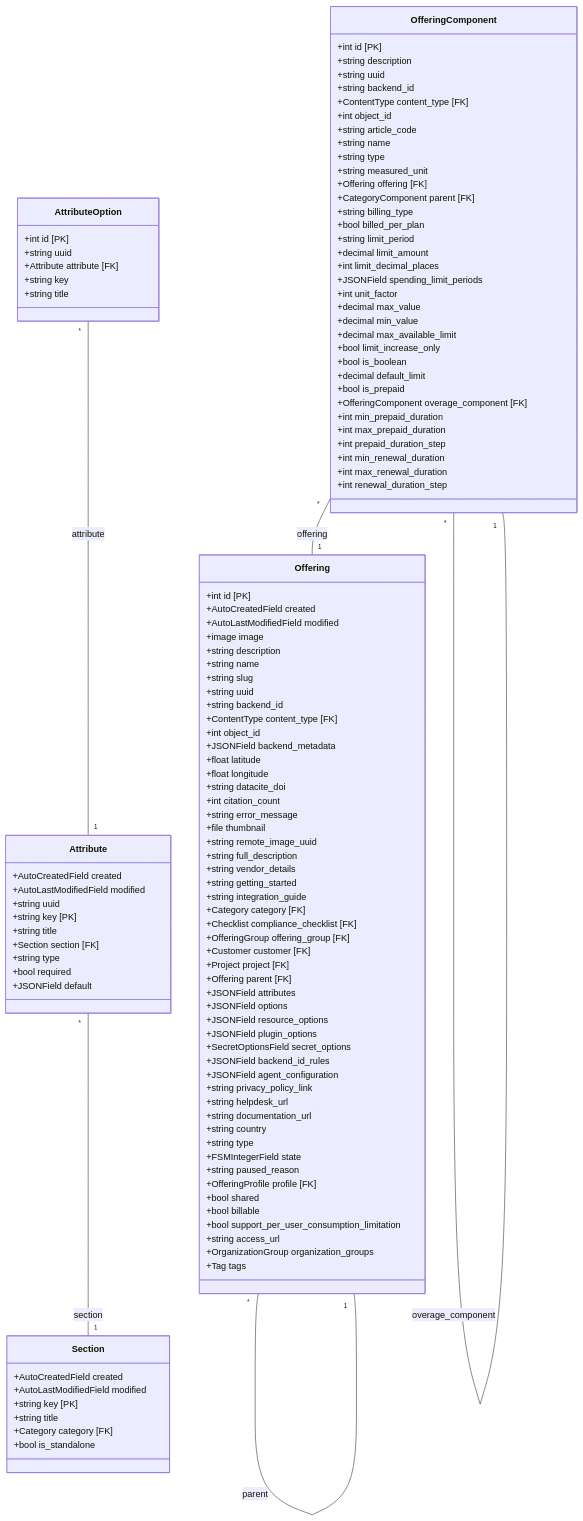
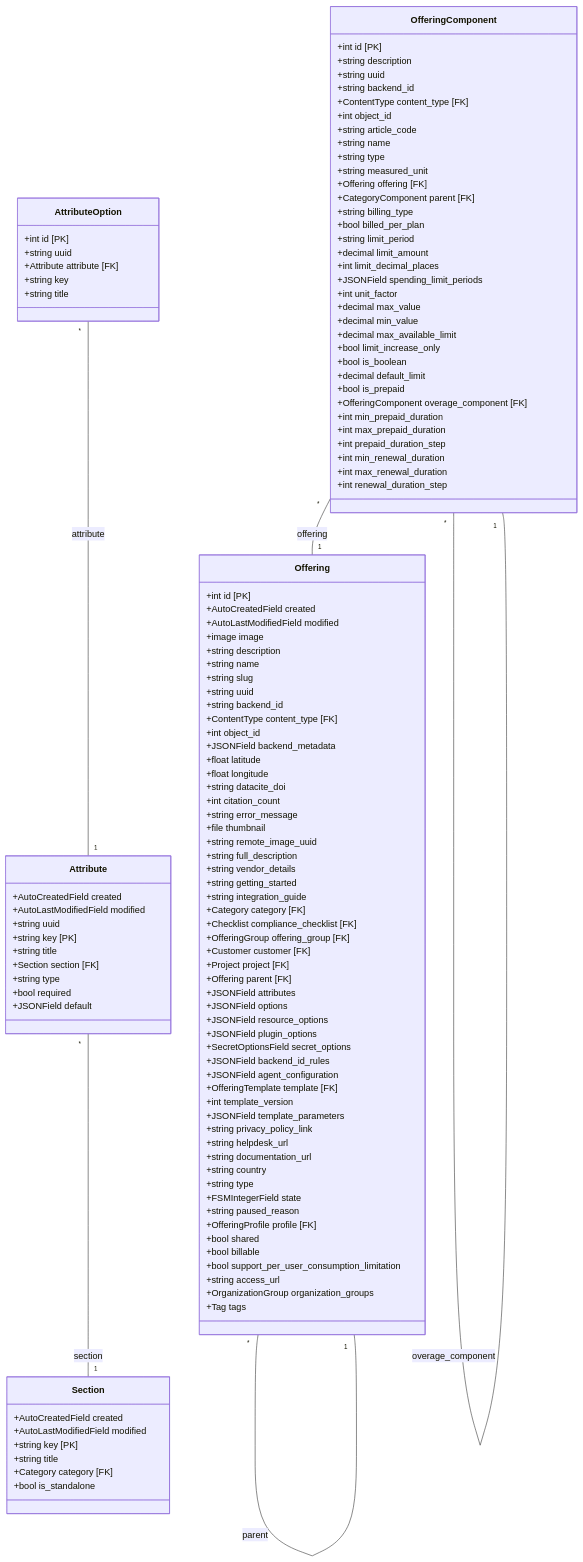
The diagram in docs/developer-guide/marketplace_catalog.mmd (waldur/waldur-docs), drawn with Mermaid before and after one commit. The commit also changed 60 other files, not shown here.

```diff
--- a/docs/developer-guide/marketplace_catalog.mmd
+++ b/docs/developer-guide/marketplace_catalog.mmd
@@ -1,120 +1,123 @@
 classDiagram
     direction TB
     class Section {
         +AutoCreatedField created
         +AutoLastModifiedField modified
         +string key [PK]
         +string title
         +Category category [FK]
         +bool is_standalone
     }
     class Attribute {
         +AutoCreatedField created
         +AutoLastModifiedField modified
         +string uuid
         +string key [PK]
         +string title
         +Section section [FK]
         +string type
         +bool required
         +JSONField default
     }
     class AttributeOption {
         +int id [PK]
         +string uuid
         +Attribute attribute [FK]
         +string key
         +string title
     }
     class Offering {
         +int id [PK]
         +AutoCreatedField created
         +AutoLastModifiedField modified
         +image image
         +string description
         +string name
         +string slug
         +string uuid
         +string backend_id
         +ContentType content_type [FK]
         +int object_id
         +JSONField backend_metadata
         +float latitude
         +float longitude
         +string datacite_doi
         +int citation_count
         +string error_message
         +file thumbnail
         +string remote_image_uuid
         +string full_description
         +string vendor_details
         +string getting_started
         +string integration_guide
         +Category category [FK]
         +Checklist compliance_checklist [FK]
         +OfferingGroup offering_group [FK]
         +Customer customer [FK]
         +Project project [FK]
         +Offering parent [FK]
         +JSONField attributes
         +JSONField options
         +JSONField resource_options
         +JSONField plugin_options
         +SecretOptionsField secret_options
         +JSONField backend_id_rules
         +JSONField agent_configuration
+        +OfferingTemplate template [FK]
+        +int template_version
+        +JSONField template_parameters
         +string privacy_policy_link
         +string helpdesk_url
         +string documentation_url
         +string country
         +string type
         +FSMIntegerField state
         +string paused_reason
         +OfferingProfile profile [FK]
         +bool shared
         +bool billable
         +bool support_per_user_consumption_limitation
         +string access_url
         +OrganizationGroup organization_groups
         +Tag tags
     }
     class OfferingComponent {
         +int id [PK]
         +string description
         +string uuid
         +string backend_id
         +ContentType content_type [FK]
         +int object_id
         +string article_code
         +string name
         +string type
         +string measured_unit
         +Offering offering [FK]
         +CategoryComponent parent [FK]
         +string billing_type
         +bool billed_per_plan
         +string limit_period
         +decimal limit_amount
         +int limit_decimal_places
         +JSONField spending_limit_periods
         +int unit_factor
         +decimal max_value
         +decimal min_value
         +decimal max_available_limit
         +bool limit_increase_only
         +bool is_boolean
         +decimal default_limit
         +bool is_prepaid
         +OfferingComponent overage_component [FK]
         +int min_prepaid_duration
         +int max_prepaid_duration
         +int prepaid_duration_step
         +int min_renewal_duration
         +int max_renewal_duration
         +int renewal_duration_step
     }
     Attribute "*" -- "1" Section : section
     AttributeOption "*" -- "1" Attribute : attribute
     Offering "*" -- "1" Offering : parent
     OfferingComponent "*" -- "1" Offering : offering
     OfferingComponent "*" -- "1" OfferingComponent : overage_component
```
